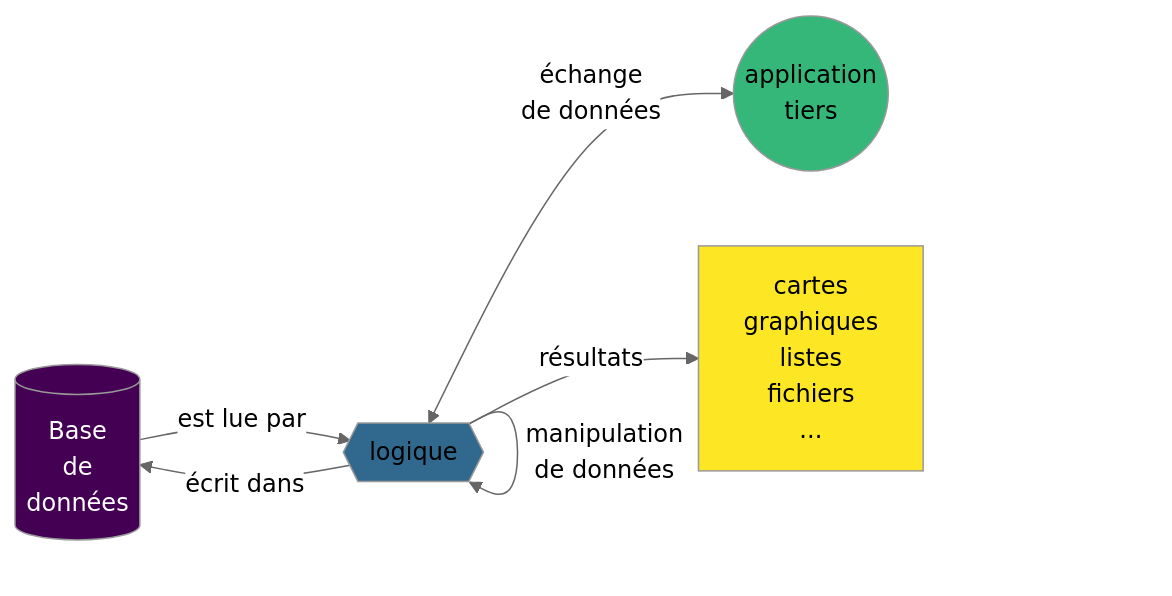
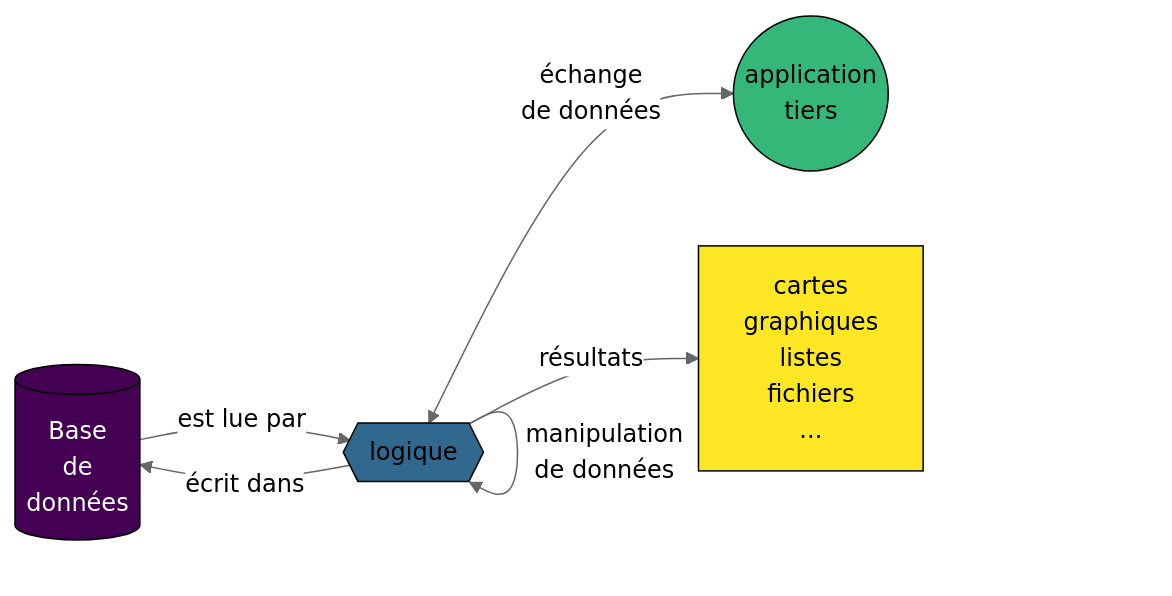
Before and after one commit to zoometh/thomashuet: the second of 2 diagrams in profiles/arcam-traject/README.md, drawn with Mermaid (neutral theme).

````diff
--- a/profiles/arcam-traject/README.md
+++ b/profiles/arcam-traject/README.md
@@ -120,12 +120,12 @@
 ```mermaid
 flowchart LR
     A[(Base<br>de<br>données)]:::semantic -- est lue par --> B{{logique}}:::logic;
     B -- "écrit dans" --> A;
     B -- manipulation<br>de données --> B;
     B <-- "échange<br>de données" --> C((application<br>tiers)):::third;
     B -- résultats --> D[cartes<br>graphiques<br>listes<br>fichiers<br>...]:::output;;
-    style A fill:#440154,color:#fff
-    style B fill:#31688E
-    style C fill:#35B779
-    style D fill:#FDE725
+    style A fill:#440154,stroke:#000,color:#fff
+    style B fill:#31688E,stroke:#000
+    style C fill:#35B779,stroke:#000
+    style D fill:#FDE725,stroke:#000
 ```
````
